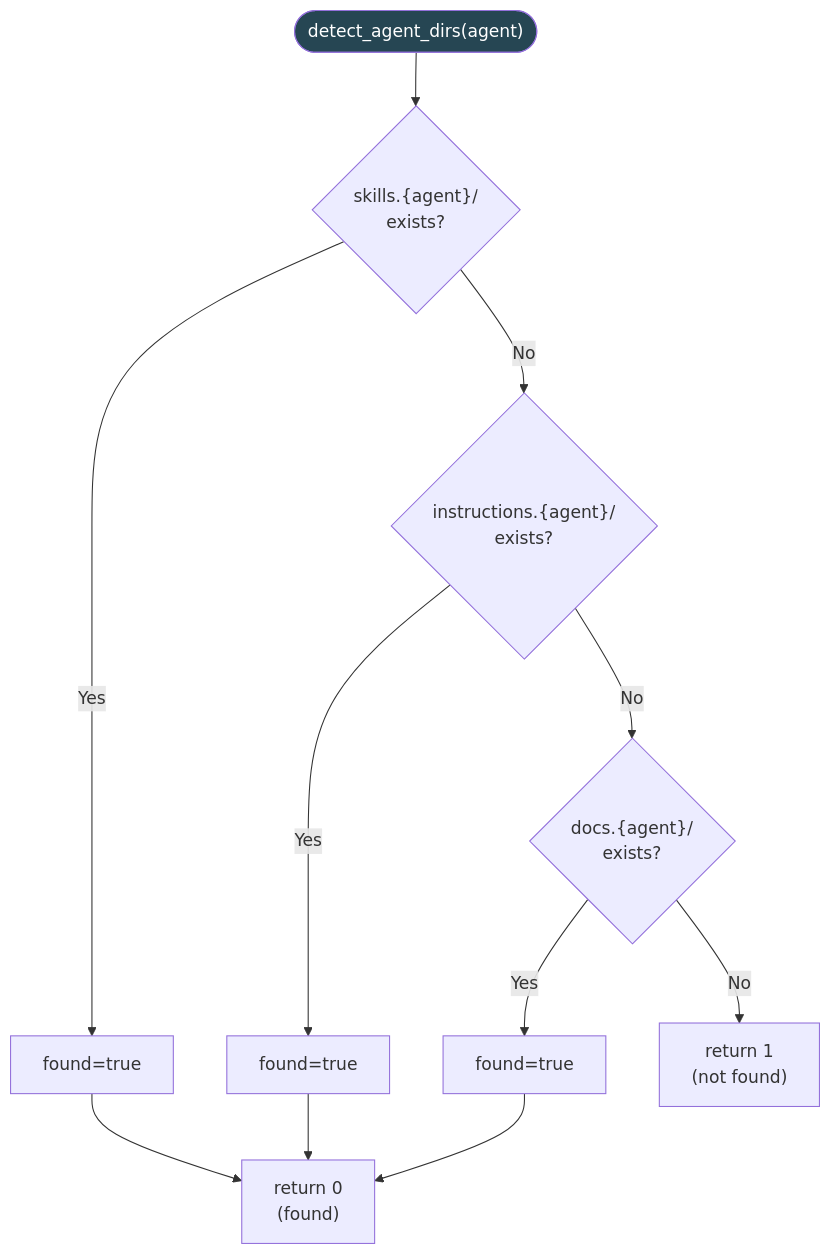
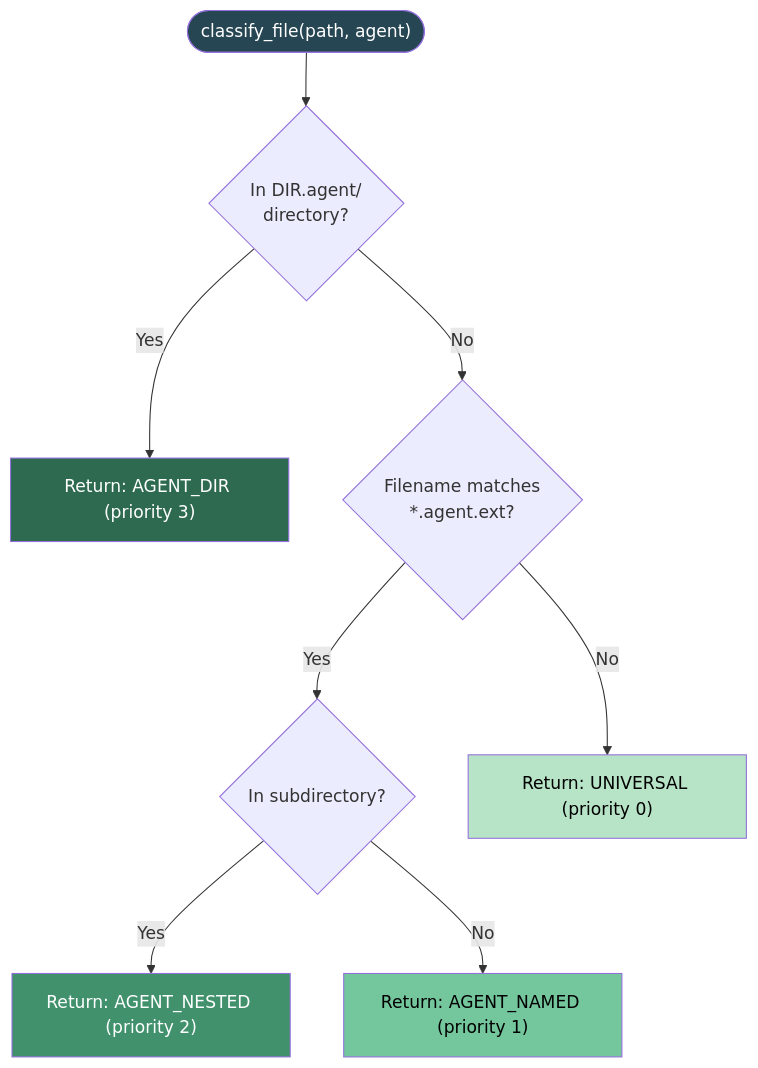
Before and after one commit to ElliottBregni/obscura: the sixth of 16 diagrams in docs/DESIGN-DIAGRAMS.md, drawn with Mermaid. The commit also changed other lines of this file and 35 other files, not shown here.

````diff
--- a/docs/DESIGN-DIAGRAMS.md
+++ b/docs/DESIGN-DIAGRAMS.md
@@ -269,20 +248,16 @@
 ```mermaid
 flowchart TD
-    DAD(["detect_agent_dirs(agent)"]) --> Check1{"skills.{agent}/<br/>exists?"}
-    Check1 -->|Yes| Found1[found=true]
-    Check1 -->|No| Check2
+    CF(["classify_file(path, agent)"]) --> CheckDir{"In DIR.agent/<br/>directory?"}
+    CheckDir -->|Yes| AgentDir["Return: AGENT_DIR (priority 3)"]
+    CheckDir -->|No| CheckNested{"Filename matches<br/>*.agent.ext?"}
+    CheckNested -->|Yes| InSubdir{"In subdirectory?"}
+    InSubdir -->|Yes| AgentNested["Return: AGENT_NESTED (priority 2)"]
+    InSubdir -->|No| AgentNamed["Return: AGENT_NAMED (priority 1)"]
+    CheckNested -->|No| Universal["Return: UNIVERSAL (priority 0)"]
 
-    Check2{"instructions.{agent}/<br/>exists?"}
-    Check2 -->|Yes| Found2[found=true]
-    Check2 -->|No| Check3
-
-    Check3{"docs.{agent}/<br/>exists?"}
-    Check3 -->|Yes| Found3[found=true]
-    Check3 -->|No| ReturnFalse["return 1<br/>(not found)"]
-
-    Found1 --> ReturnTrue["return 0<br/>(found)"]
-    Found2 --> ReturnTrue
-    Found3 --> ReturnTrue
-
-    style DAD fill:#264653,color:#fff
+    style CF fill:#264653,color:#fff
+    style AgentDir fill:#2d6a4f,color:#fff
+    style AgentNested fill:#40916c,color:#fff
+    style AgentNamed fill:#74c69d,color:#000
+    style Universal fill:#b7e4c7,color:#000
 ```
````
